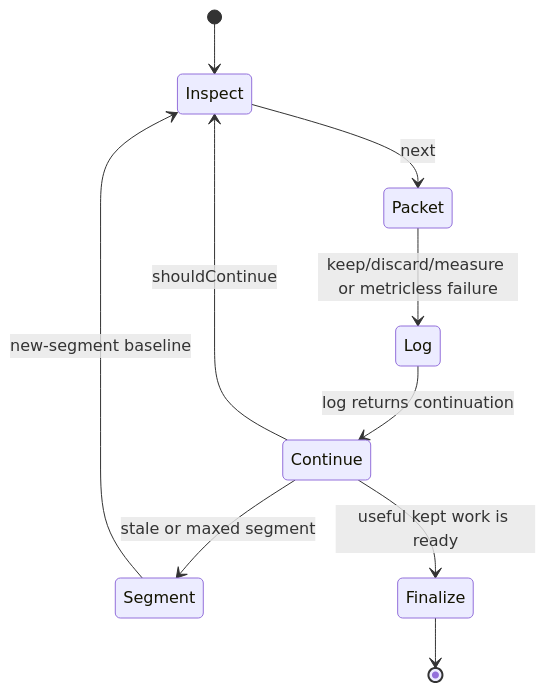
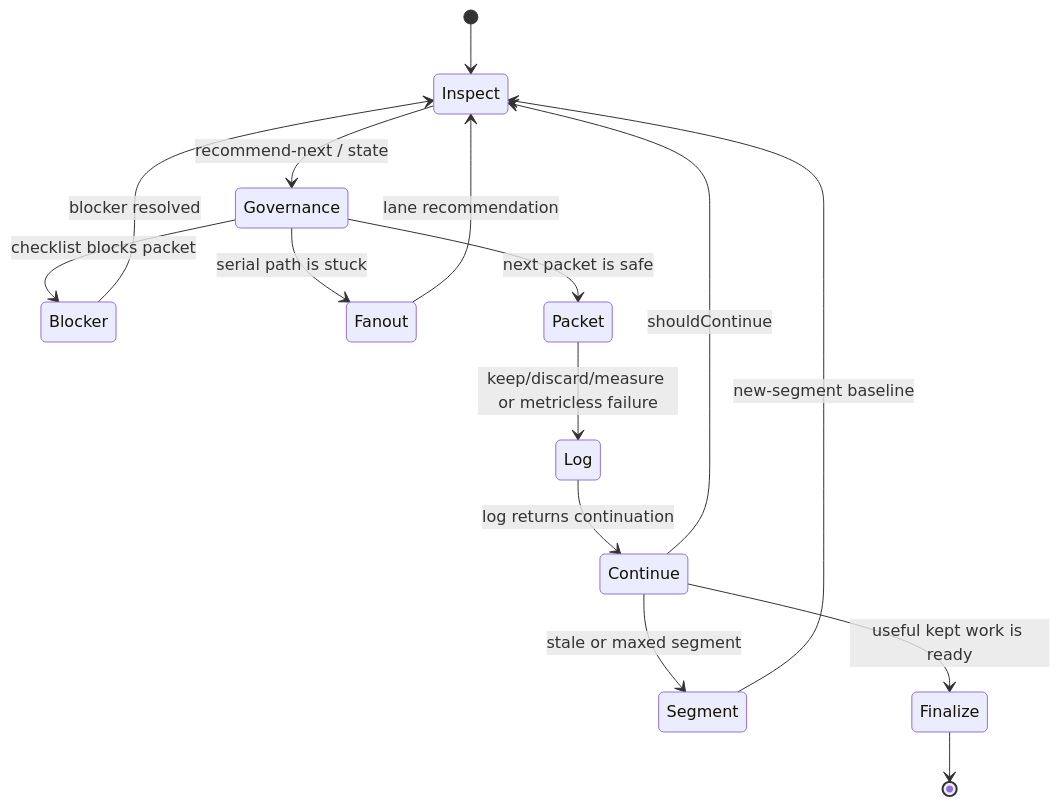
The third of 6 diagrams in plugins/codex-autoresearch/docs/workflows.md (TheGreenCedar/codex-autoresearch), drawn with Mermaid before and after one commit. The commit also changed other lines of this file and 17 other files, not shown here.

````diff
--- a/plugins/codex-autoresearch/docs/workflows.md
+++ b/plugins/codex-autoresearch/docs/workflows.md
@@ -45,12 +45,17 @@
 ```mermaid
 stateDiagram-v2
   [*] --> Inspect
-  Inspect --> Packet: next
+  Inspect --> Governance: recommend-next / state
+  Governance --> Blocker: checklist blocks packet
+  Blocker --> Inspect: blocker resolved
+  Governance --> Fanout: serial path is stuck
+  Fanout --> Inspect: lane recommendation
+  Governance --> Packet: next packet is safe
   Packet --> Log: keep/discard/measure or metricless failure
   Log --> Continue: log returns continuation
   Continue --> Inspect: shouldContinue
   Continue --> Segment: stale or maxed segment
   Continue --> Finalize: useful kept work is ready
   Segment --> Inspect: new-segment baseline
   Finalize --> [*]
 ```
````
